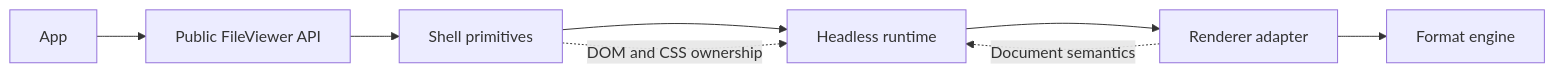
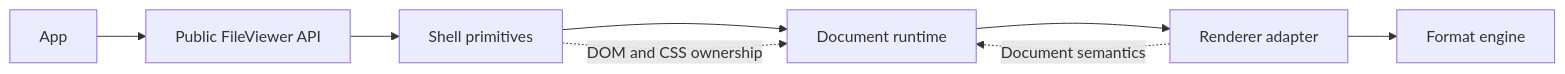
One commit to retab-dev/retab-ui changed the third of 27 diagrams in design/universal-file-viewer-greenfield-blueprint.md. Above: the diagram before and after it, drawn with Mermaid. The commit also changed other lines of this file and 209 other files, not shown here.

````diff
--- a/design/universal-file-viewer-greenfield-blueprint.md
+++ b/design/universal-file-viewer-greenfield-blueprint.md
@@ -99,11 +99,11 @@
 ```mermaid
 flowchart LR
   App["App"] --> API["Public FileViewer API"]
   API --> Shell["Shell primitives"]
-  Shell --> Runtime["Headless runtime"]
+  Shell --> Runtime["Document runtime"]
   Runtime --> Adapter["Renderer adapter"]
   Adapter --> Format["Format engine"]
 
   Shell -. "DOM and CSS ownership" .-> Runtime
   Adapter -. "Document semantics" .-> Runtime
 ```
````
